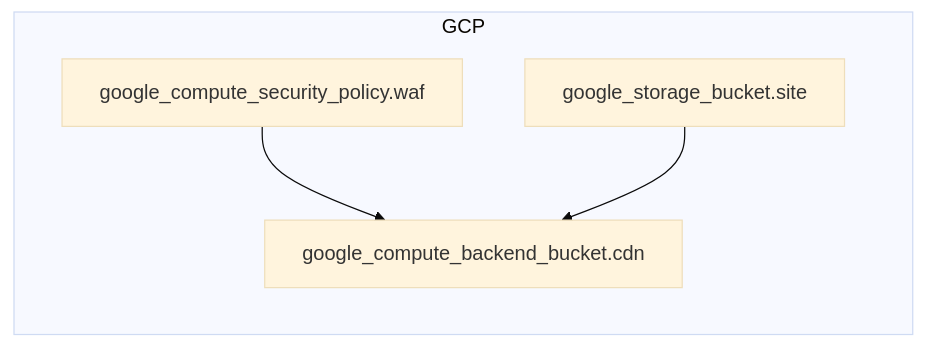
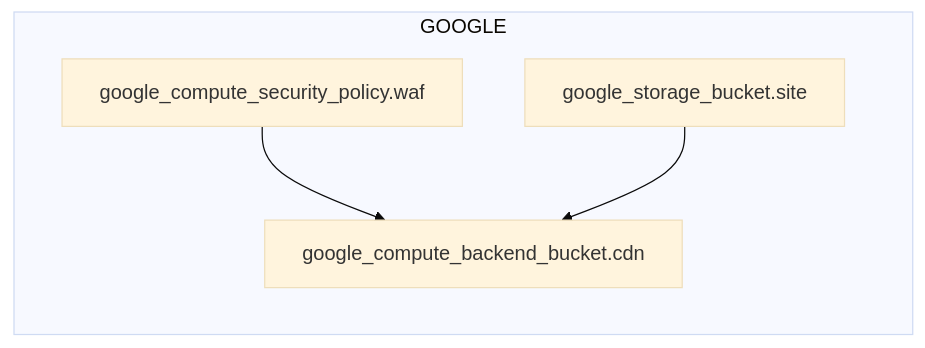
One commit to suryakumaran2611/auto-arch-diagram changed the diagram in examples/serverless-website/gcp/terraform/architecture-diagram.md. Above: the diagram before and after it, drawn with Mermaid (base theme). The commit also changed 2188 other files, not shown here.

````diff
--- a/examples/serverless-website/gcp/terraform/architecture-diagram.md
+++ b/examples/serverless-website/gcp/terraform/architecture-diagram.md
@@ -7,10 +7,10 @@
 ```mermaid
 flowchart LR
-subgraph GCP[GCP]
+subgraph GOOGLE[GOOGLE]
   tf_google_compute_backend_bucket_cdn["google_compute_backend_bucket.cdn"]
   tf_google_compute_security_policy_waf["google_compute_security_policy.waf"]
   tf_google_storage_bucket_site["google_storage_bucket.site"]
 end
 tf_google_compute_security_policy_waf --> tf_google_compute_backend_bucket_cdn
 tf_google_storage_bucket_site --> tf_google_compute_backend_bucket_cdn
 ```
````
